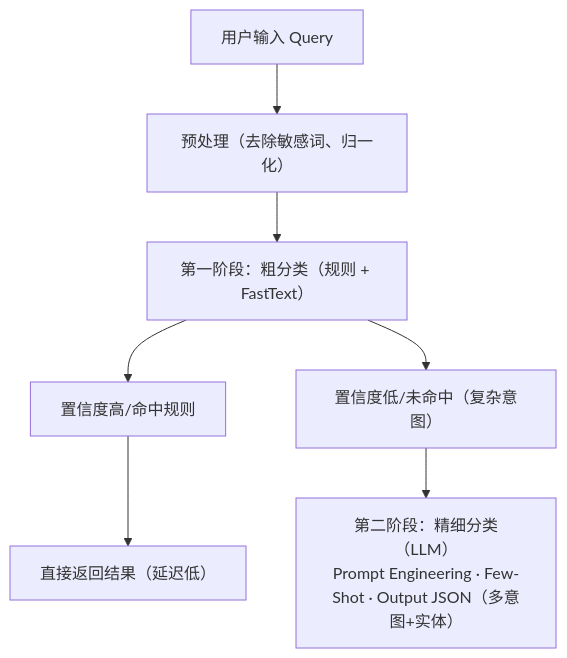
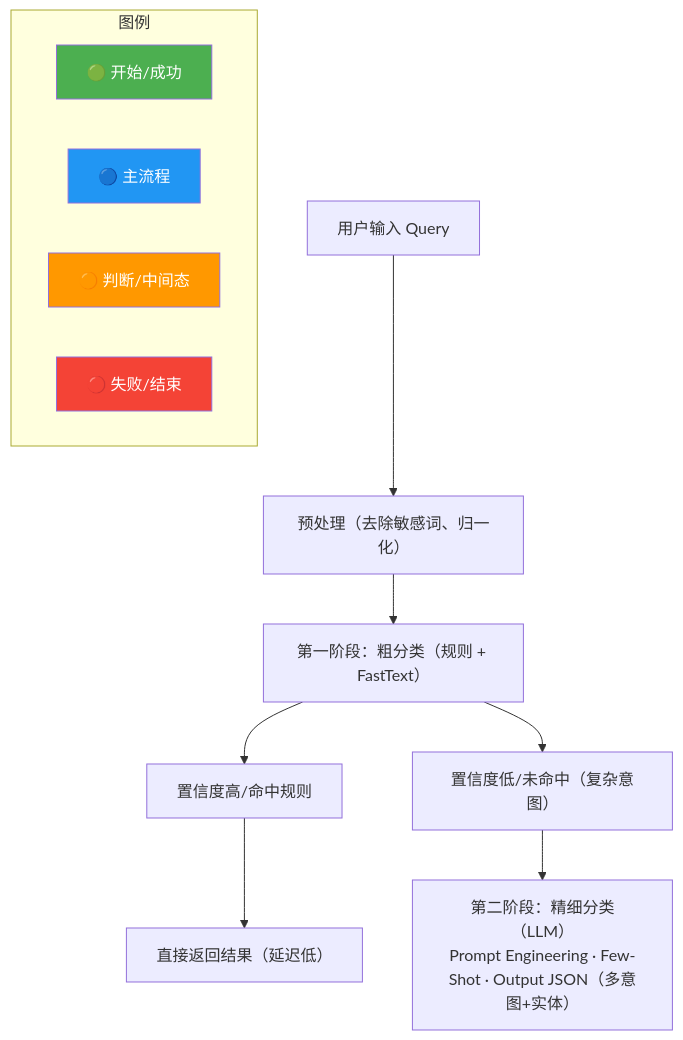
One commit to SunArthur86/interview-2026 changed the diagram in questions/eng-practice/agq-005.md. Above: the diagram before and after it, drawn with Mermaid. The commit also changed other lines of this file and 3180 other files, not shown here.

First line of the commit message:
Mermaid颜色增强99% + 面试频率分类(高频1571/中频1115/低频461)

````diff
--- a/questions/eng-practice/agq-005.md
+++ b/questions/eng-practice/agq-005.md
@@ -58,17 +59,46 @@
 ```mermaid
 flowchart TB
+    classDef start fill:#4CAF50,color:#fff
+    classDef process fill:#2196F3,color:#fff
+    classDef decision fill:#FF9800,color:#fff
+    classDef special fill:#9C27B0,color:#fff
+    classDef error fill:#f44336,color:#fff
+    classDef info fill:#607D8B,color:#fff
+    class Engineering start
+    class FastText process
+    class Few decision
+    class JSON special
+    class LLM error
+    class Output info
+    class Prompt start
+    class Query process
+    class Shot decision
+    class br special
+    class direct error
+    class hit info
+    class miss start
+    class pre process
+    class q decision
+    class stage1 special
+    class stage2 error
     q["用户输入 Query"]
     pre["预处理（去除敏感词、归一化）"]
     stage1["第一阶段：粗分类（规则 + FastText）"]
     hit["置信度高/命中规则"]
     miss["置信度低/未命中（复杂意图）"]
     direct["直接返回结果（延迟低）"]
     stage2["第二阶段：精细分类（LLM）<br/>Prompt Engineering · Few-Shot · Output JSON（多意图+实体）"]
 
     q --> pre
     pre --> stage1
     stage1 --> hit
     stage1 --> miss
     hit --> direct
     miss --> stage2
+    subgraph Legend["图例"]
+        L1["🟢 开始/成功"]:::start
+        L2["🔵 主流程"]:::process
+        L3["🟠 判断/中间态"]:::decision
+        L4["🔴 失败/结束"]:::error
+    end
 ```
````
